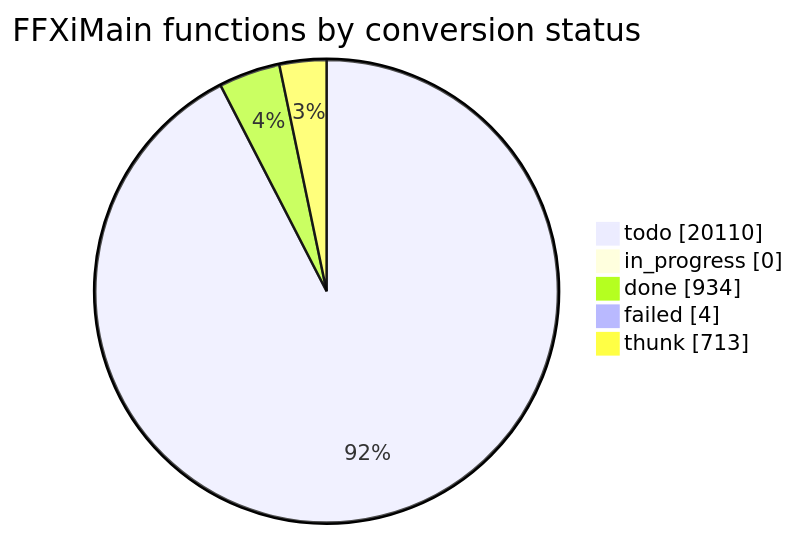
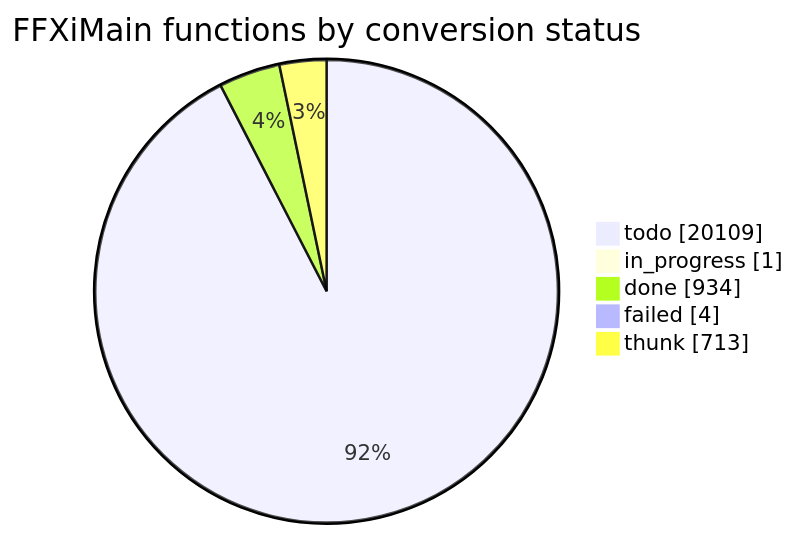
One commit to cowrevenge/cow_kuluu_xi_anything changed the diagram in docs/cow/STATUS.md. Above: the diagram before and after it, drawn with Mermaid. The commit also changed other lines of this file and 7 other files, not shown here.

````diff
--- a/docs/cow/STATUS.md
+++ b/docs/cow/STATUS.md
@@ -18,9 +18,9 @@
 ```mermaid
 pie showData
     title FFXiMain functions by conversion status
-    "todo" : 20110
-    "in_progress" : 0
+    "todo" : 20109
+    "in_progress" : 1
     "done" : 934
     "failed" : 4
     "thunk" : 713
 ```
````
